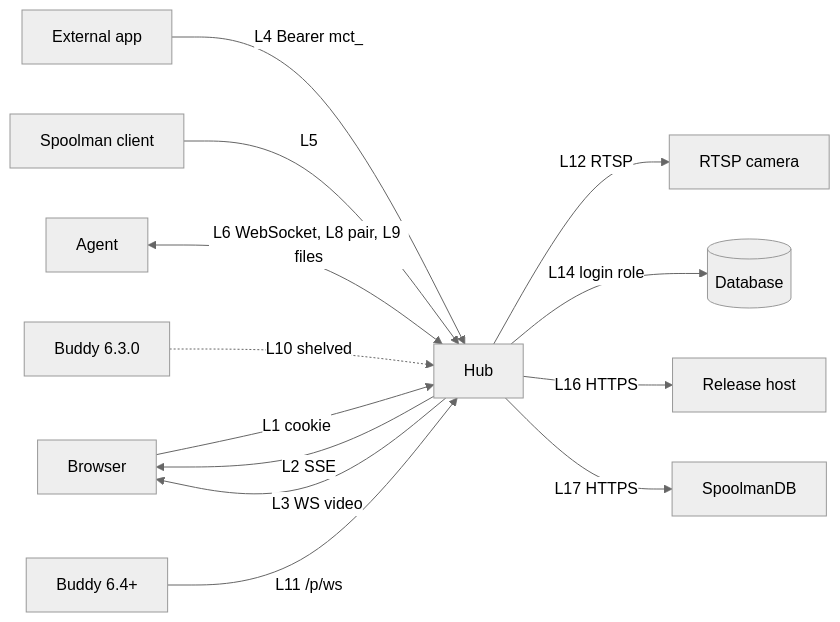
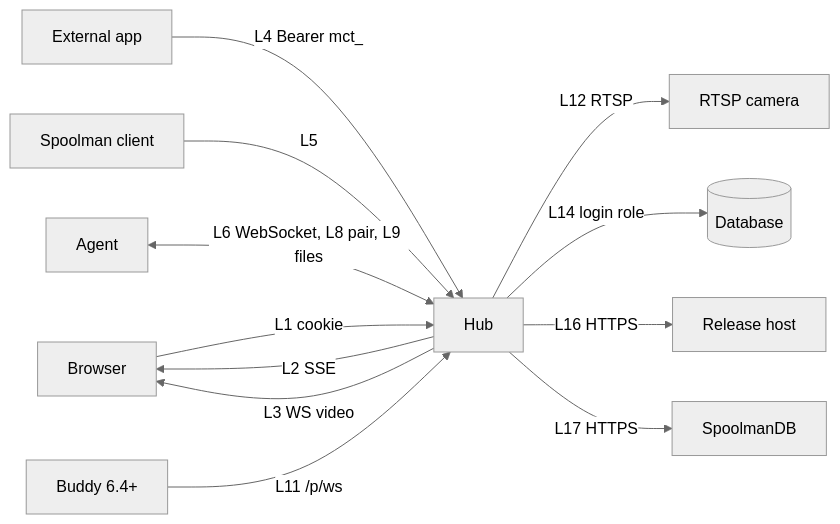
One commit to CuriousTimo/Maker-Connect changed the diagram in docs/design/links.md. Above: the diagram before and after it, drawn with Mermaid (neutral theme). The commit also changed other lines of this file and 23 other files, not shown here.

````diff
--- a/docs/design/links.md
+++ b/docs/design/links.md
@@ -38,26 +37,24 @@
 ```mermaid
 flowchart LR
   browser["Browser"]
   app["External app"]
   spool["Spoolman client"]
   agent["Agent"]
-  mini["Buddy 6.3.0"]
   xl["Buddy 6.4+"]
   hub["Hub"]
   db[("Database")]
   cam["RTSP camera"]
   rel["Release host"]
   sdb["SpoolmanDB"]
   browser -->|"L1 cookie"| hub
   hub -->|"L2 SSE"| browser
   hub -->|"L3 WS video"| browser
   app -->|"L4 Bearer mct_"| hub
   spool -->|"L5"| hub
   agent <-->|"L6 WebSocket, L8 pair, L9 files"| hub
-  mini -.->|"L10 shelved"| hub
   xl -->|"L11 /p/ws"| hub
   hub -->|"L12 RTSP"| cam
   hub -->|"L14 login role"| db
   hub -->|"L16 HTTPS"| rel
   hub -->|"L17 HTTPS"| sdb
 ```
````
